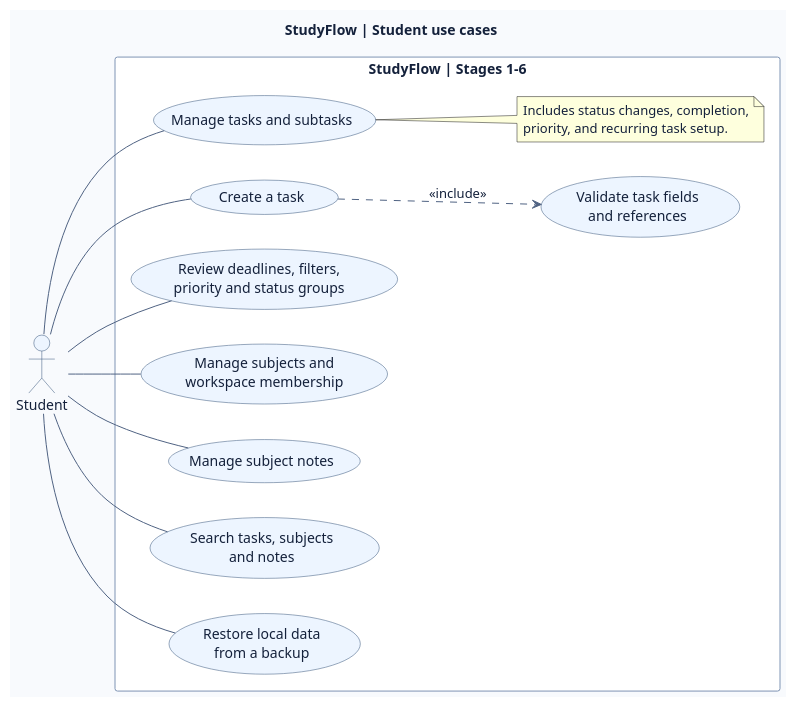
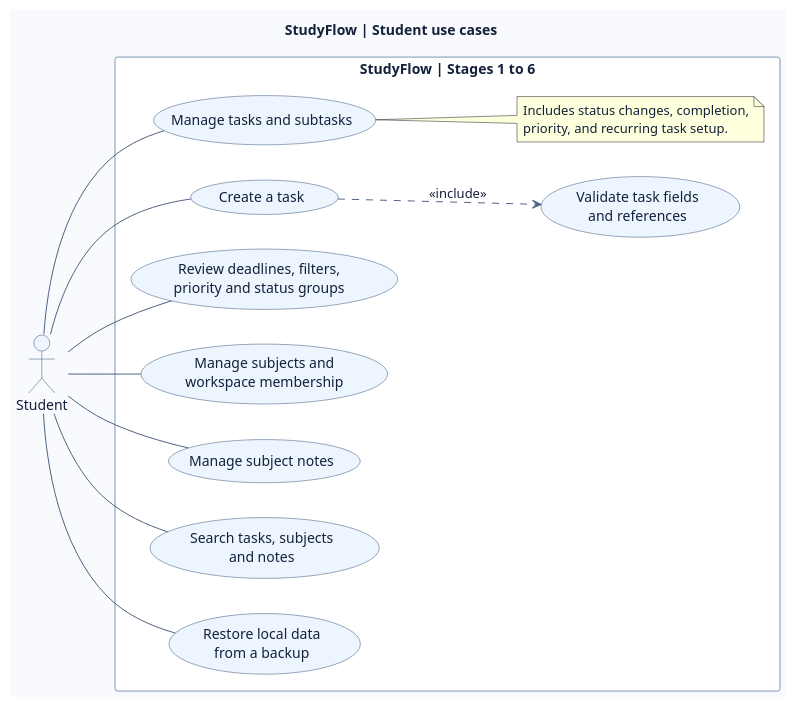
Before and after one commit to Dishitha09/StudyFlow: the diagram in docs/uml/use-case-diagram.puml, drawn with PlantUML. The commit also changed 12 other files, not shown here.

```diff
--- a/docs/uml/use-case-diagram.puml
+++ b/docs/uml/use-case-diagram.puml
@@ -1,41 +1,41 @@
 @startuml
 title StudyFlow | Student use cases
 left to right direction
 skinparam backgroundColor #F8FAFD
 skinparam defaultFontName Segoe UI
 skinparam defaultFontColor #14213B
 skinparam shadowing false
 skinparam ArrowColor #506383
 skinparam actorBorderColor #345279
 skinparam actorBackgroundColor #EDF5FF
 skinparam usecaseBorderColor #345279
 skinparam usecaseBackgroundColor #EDF5FF
 skinparam rectangleBorderColor #7F94B4
 skinparam rectangleBackgroundColor #FFFFFF
 
 actor Student
-rectangle "StudyFlow | Stages 1–6" {
+rectangle "StudyFlow | Stages 1 to 6" {
   usecase "Manage tasks and subtasks" as Task
   usecase "Create a task" as Create
   usecase "Validate task fields\nand references" as Validate
   usecase "Review deadlines, filters,\npriority and status groups" as Review
   usecase "Manage subjects and\nworkspace membership" as Organize
   usecase "Manage subject notes" as Note
   usecase "Search tasks, subjects\nand notes" as Search
   usecase "Restore local data\nfrom a backup" as Restore
 
   note right of Task
     Includes status changes, completion,
     priority, and recurring task setup.
   end note
 }
 
 Student -- Task
 Student -- Create
 Student -- Review
 Student -- Organize
 Student -- Note
 Student -- Search
 Student -- Restore
 Create ..> Validate : <<include>>
 @enduml
```
